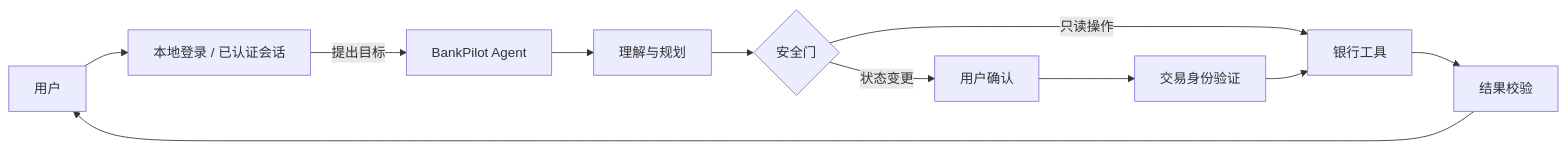
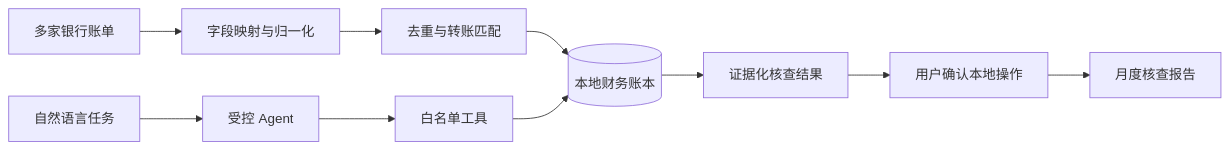
One commit to Masterora/bankpilot-agent changed the first of 2 diagrams in README.md. Above: the diagram before and after it, drawn with Mermaid. The commit also changed other lines of this file and 24 other files, not shown here.

````diff
--- a/README.md
+++ b/README.md
@@ -9,13 +9,12 @@
 ```mermaid
 flowchart LR
-    U[用户] --> S[本地登录 / 已认证会话]
-    S -->|提出目标| A[BankPilot Agent]
-    A --> P[理解与规划]
-    P --> G{安全门}
-    G -->|只读操作| T[银行工具]
-    G -->|状态变更| C[用户确认]
-    C --> V[交易身份验证]
-    V --> T
-    T --> R[结果校验]
-    R --> U
+    F[多家银行账单] --> N[字段映射与归一化]
+    N --> D[去重与转账匹配]
+    D --> L[(本地财务账本)]
+    Q[自然语言任务] --> A[受控 Agent]
+    A --> T[白名单工具]
+    T --> L
+    L --> E[证据化核查结果]
+    E --> C[用户确认本地操作]
+    C --> R[月度核查报告]
 ```
````
